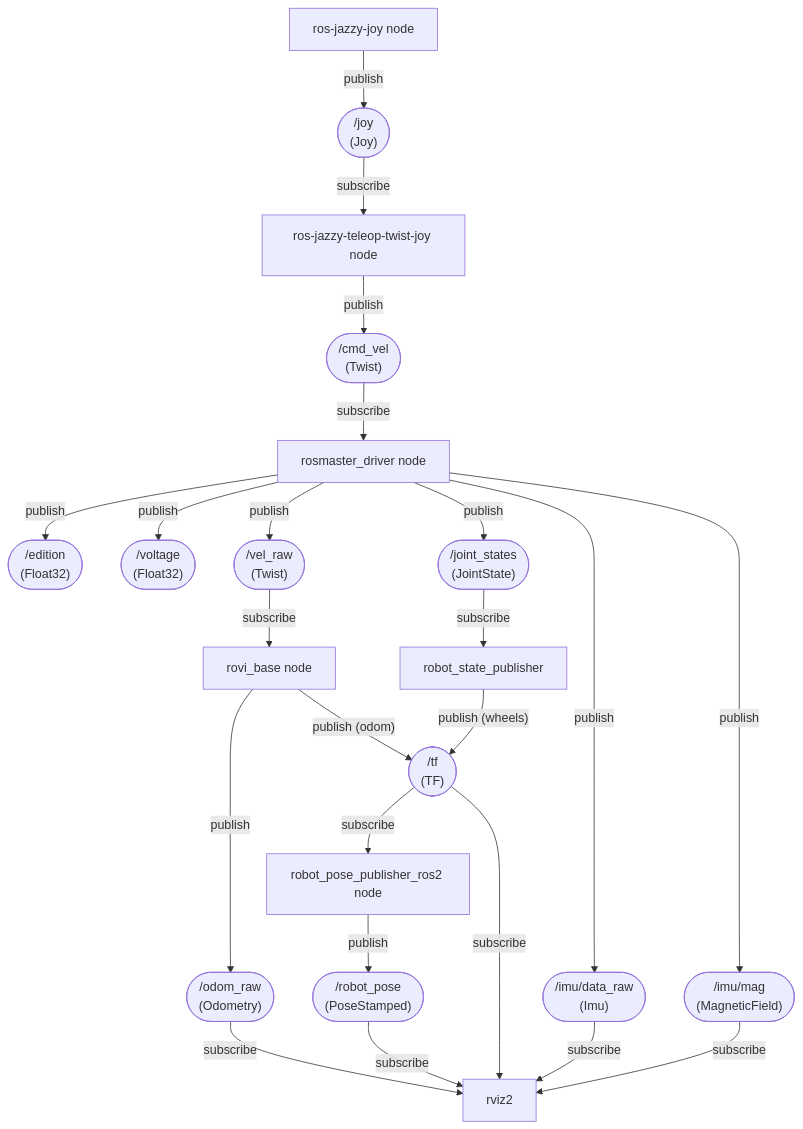
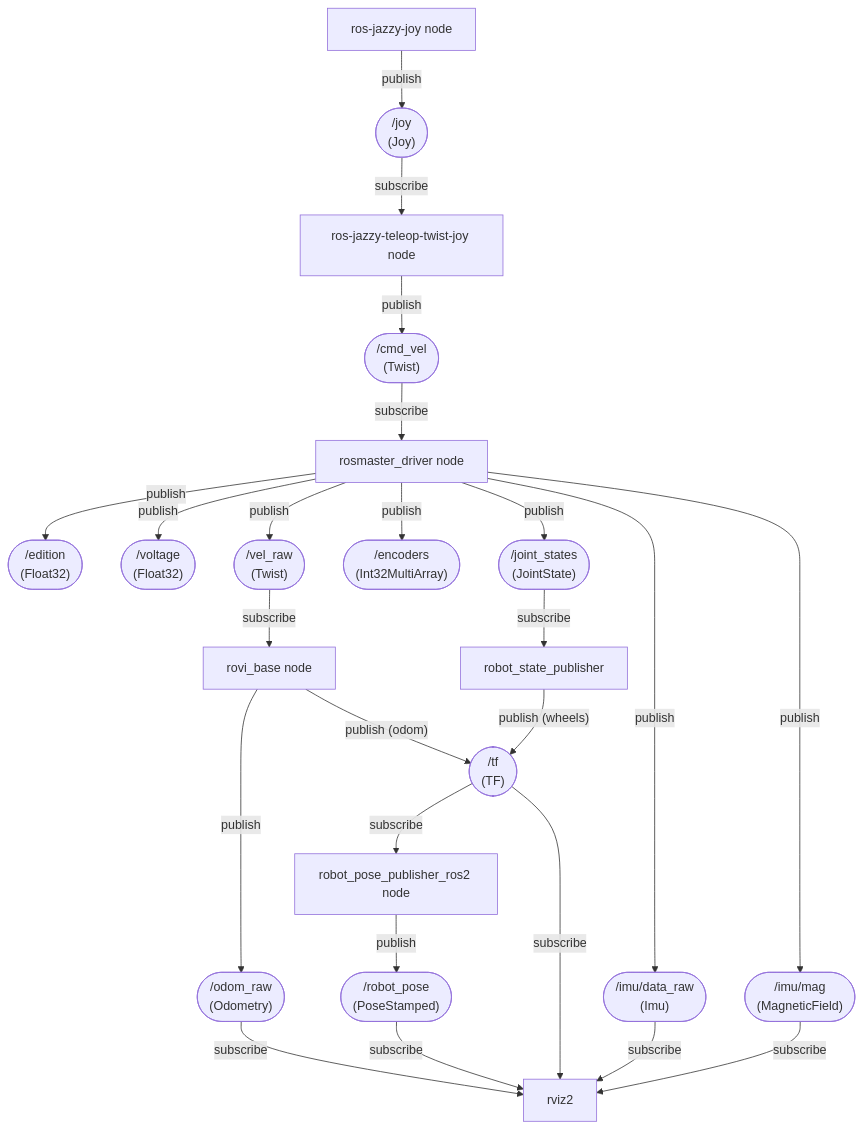
Before and after one commit to Roblibs/rovi_ros_ws: the diagram in README.md, drawn with Mermaid. The commit also changed 1 other file, not shown here.

Commit message:
added encders and wheels states

````diff
--- a/README.md
+++ b/README.md
@@ -42,51 +42,53 @@
 ```mermaid
 flowchart TD
   Rosmaster[rosmaster_driver node]
 
   Joystick["ros-jazzy-joy node"]
   JOY(["/joy<br/>(Joy)"])
   Joystick -->|publish| JOY
 
   RoviJoy["ros-jazzy-teleop-twist-joy node"]
   JOY -->|subscribe| RoviJoy
   CMD(["/cmd_vel<br/>(Twist)"])
   RoviJoy -->|publish| CMD
 
   CMD -->|subscribe| Rosmaster
   EDT(["/edition<br/>(Float32)"])
   VOL(["/voltage<br/>(Float32)"])
   VRAW(["/vel_raw<br/>(Twist)"])
   JSTATE(["/joint_states<br/>(JointState)"])
+  ENC(["/encoders<br/>(Int32MultiArray)"])
   IMU(["/imu/data_raw<br/>(Imu)"])
   MAG(["/imu/mag<br/>(MagneticField)"])
   Rosmaster -->|publish| EDT
   Rosmaster -->|publish| VOL
   Rosmaster -->|publish| VRAW
+  Rosmaster -->|publish| ENC
   Rosmaster -->|publish| JSTATE
   Rosmaster -->|publish| IMU
   Rosmaster -->|publish| MAG
 
   RoviBase["rovi_base node"]
   VRAW -->|subscribe| RoviBase
   ODRAW(["/odom_raw<br/>(Odometry)"])
   TF(["/tf<br/>(TF)"])
   RoviBase -->|publish| ODRAW
   RoviBase -->|"publish (odom)"| TF
 
   RSP["robot_state_publisher"]
   JSTATE -->|subscribe| RSP
   RSP -->|"publish (wheels)"| TF
 
   RPP["robot_pose_publisher_ros2 node"]
   TF -->|subscribe| RPP
   ROBPOSE(["/robot_pose<br/>(PoseStamped)"])
   RPP -->|publish| ROBPOSE
 
   RVIZ["rviz2"]
   TF -->|subscribe| RVIZ
   ROBPOSE -->|subscribe| RVIZ
   ODRAW -->|subscribe| RVIZ
   IMU -->|subscribe| RVIZ
   MAG -->|subscribe| RVIZ
 
 ```
````
